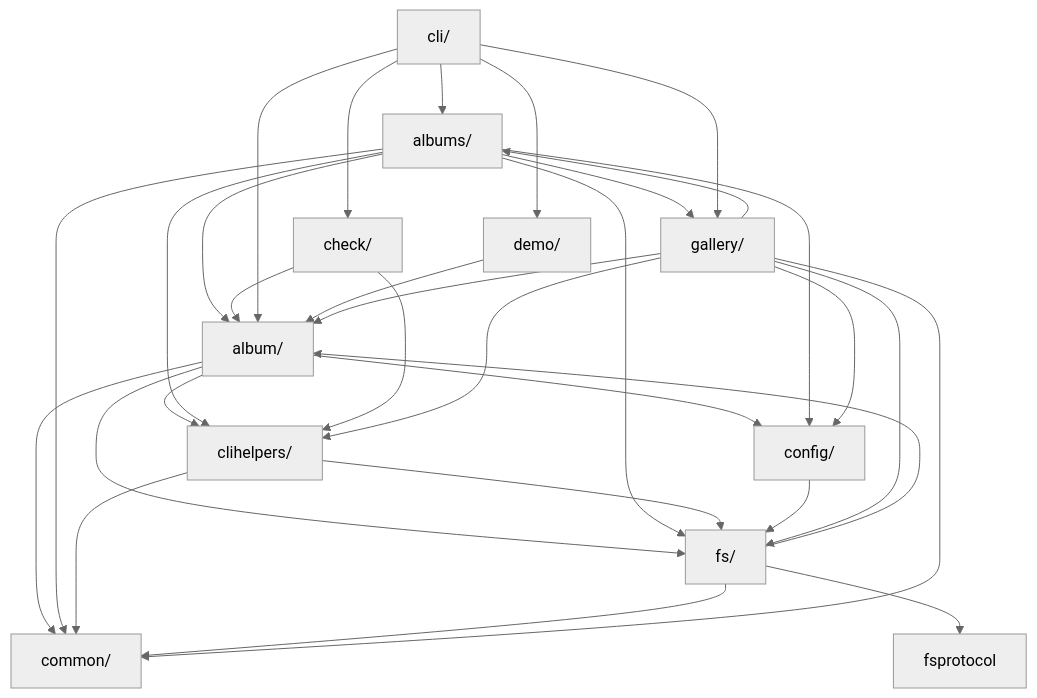
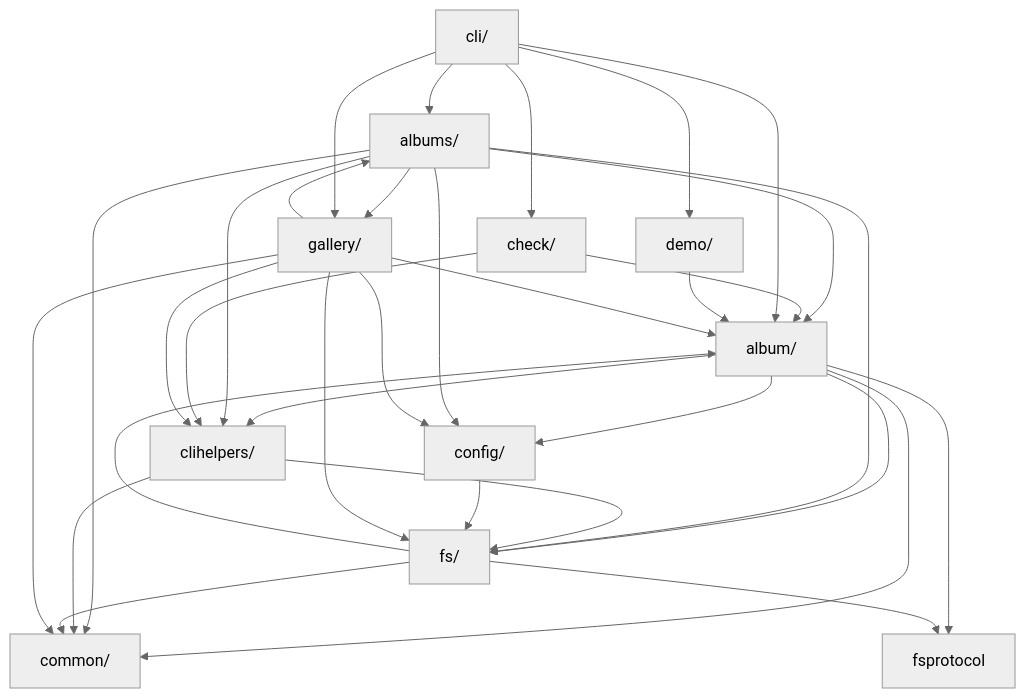
Before and after one commit to iglootools/photree: the diagram in docs/architecture.md, drawn with Mermaid (neutral theme). The commit also changed 3 other files, not shown here.

````diff
--- a/docs/architecture.md
+++ b/docs/architecture.md
@@ -17,45 +17,46 @@
 ```mermaid
 graph TD
     album["album/"]
     albums["albums/"]
     check["check/"]
     cli["cli/"]
     clihelpers["clihelpers/"]
     common["common/"]
     config["config/"]
     demo["demo/"]
     fs["fs/"]
     fsprotocol["fsprotocol"]
     gallery["gallery/"]
 
     album --> clihelpers
     album --> common
     album --> config
     album --> fs
+    album --> fsprotocol
     albums --> album
     albums --> clihelpers
     albums --> common
     albums --> config
     albums --> fs
     albums --> gallery
     check --> album
     check --> clihelpers
     cli --> album
     cli --> albums
     cli --> check
     cli --> demo
     cli --> gallery
     clihelpers --> common
     clihelpers --> fs
     config --> fs
     demo --> album
     fs --> album
     fs --> common
     fs --> fsprotocol
     gallery --> album
     gallery --> albums
     gallery --> clihelpers
     gallery --> common
     gallery --> config
     gallery --> fs
 ```
````
